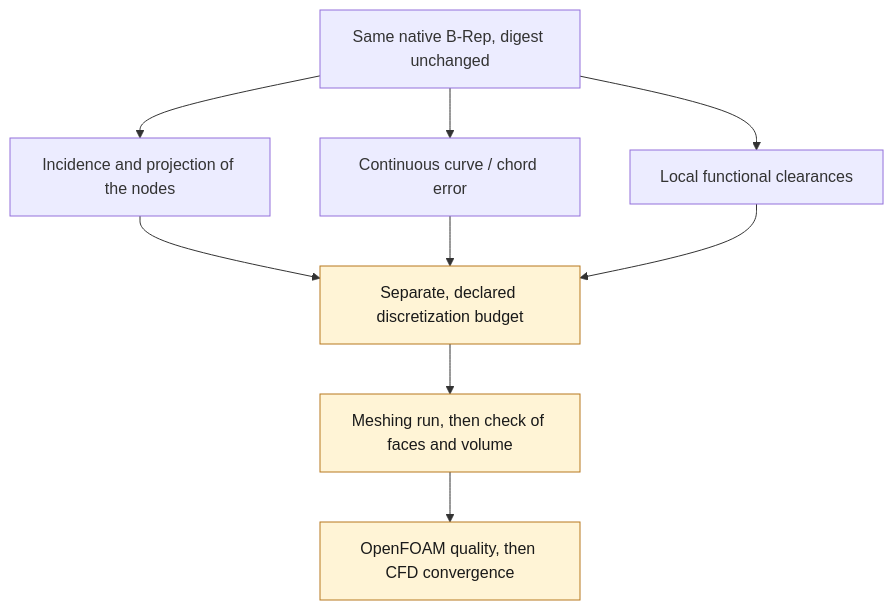
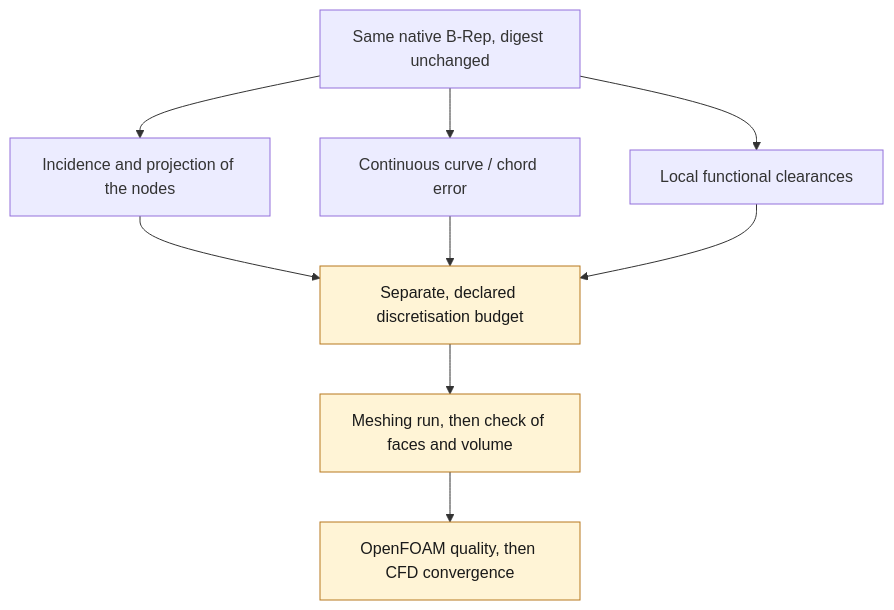
One commit to cluster2600/porscheparts changed the diagram in docs/reports/M64_NATIVE_EDGE_APPROXIMATION_20260908.md. Above: the diagram before and after it, drawn with Mermaid. The commit also changed other lines of this file and 480 other files, not shown here.

````diff
--- a/docs/reports/M64_NATIVE_EDGE_APPROXIMATION_20260908.md
+++ b/docs/reports/M64_NATIVE_EDGE_APPROXIMATION_20260908.md
@@ -75,13 +75,13 @@
 ```mermaid
 flowchart TD
     A["Same native B-Rep, digest unchanged"] --> B["Incidence and projection of the nodes"]
     A --> C["Continuous curve / chord error"]
     A --> D["Local functional clearances"]
-    B --> E["Separate, declared discretization budget"]
+    B --> E["Separate, declared discretisation budget"]
     C --> E
     D --> E
     E --> F["Meshing run, then check of faces and volume"]
     F --> G["OpenFOAM quality, then CFD convergence"]
     classDef open fill:#fff4d6,stroke:#b7791f,color:#1a1a1a;
     class E,F,G open
 ```
````
